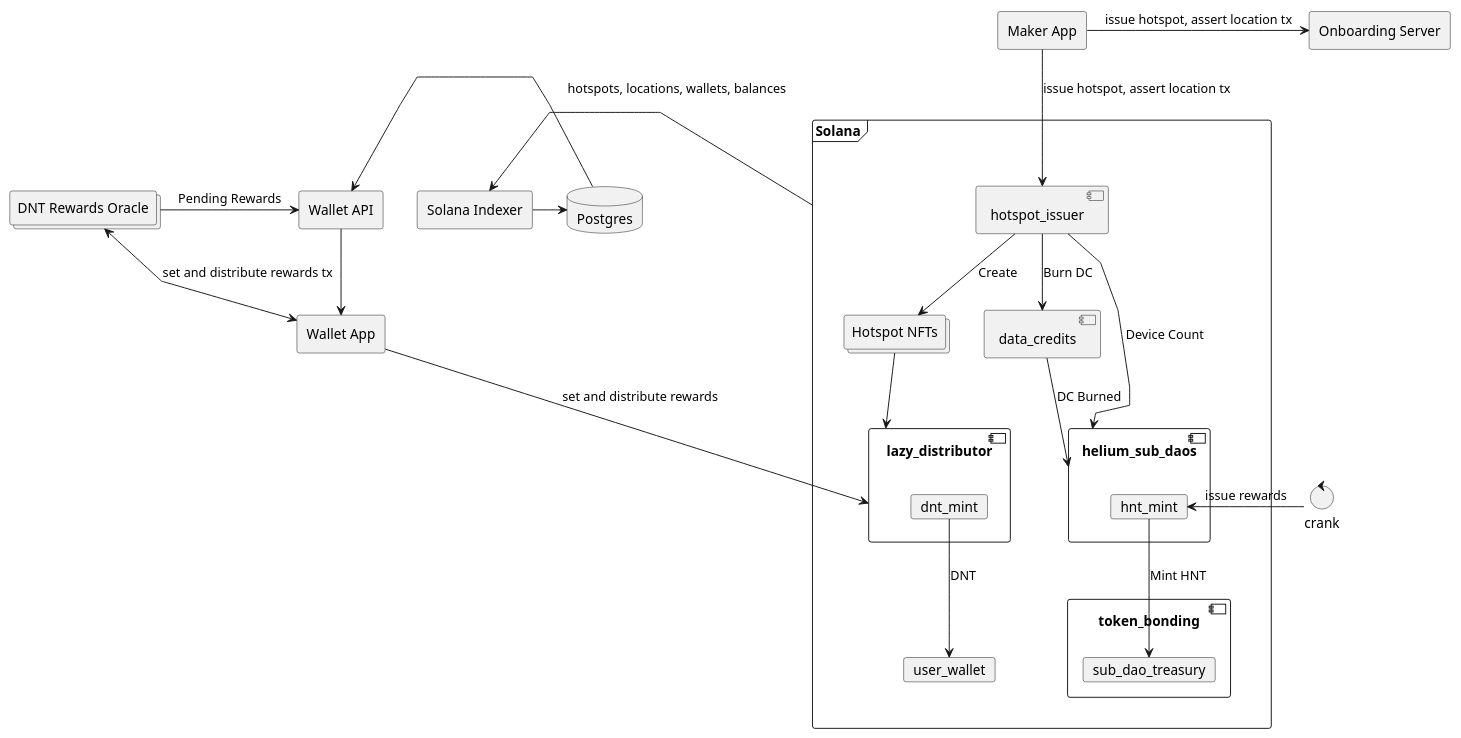
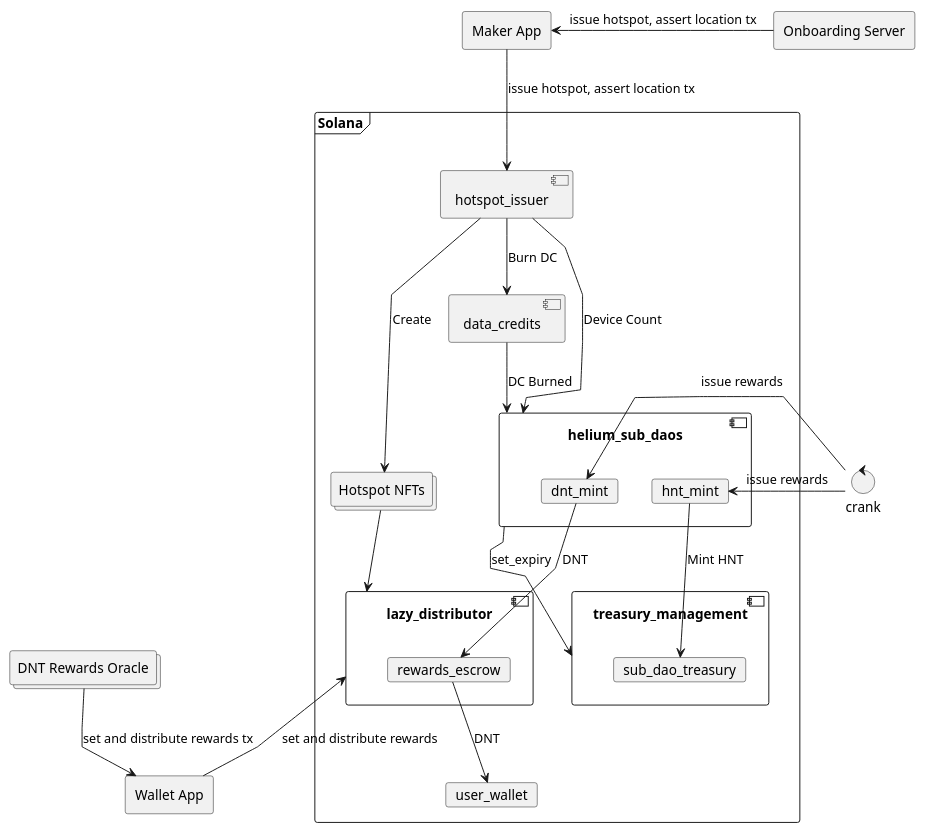
One commit to helium/helium-program-library changed the diagram in diagrams/architecture.puml. Above: the diagram before and after it, drawn with PlantUML. The commit also changed 45 other files, not shown here.

Commit message:
Refactor to use circuit breakers and rewards escrow for lazy dist

```diff
--- a/diagrams/architecture.puml
+++ b/diagrams/architecture.puml
@@ -1,90 +1,73 @@
 @startuml
 
 skinparam linetype polyline
 
 control crank
 
 
 frame Solana {
   collections hotspots [
     Hotspot NFTs
   ]
   component lazy_distributor {
-    card dnt_mint
+    card rewards_escrow
   }
   component hotspot_issuer
   component data_credits
   component helium_sub_daos {
     card hnt_mint
+    card dnt_mint
   }
-  component token_bonding {
+  component treasury_management {
     card sub_dao_treasury
   }
 
   card user_wallet
 
-  dnt_mint --> user_wallet : DNT
+  dnt_mint --> rewards_escrow : DNT
+  rewards_escrow --> user_wallet : DNT
 
   hnt_mint --> sub_dao_treasury : Mint HNT
 
   hotspot_issuer --> hotspots : Create
 
   hotspots --> lazy_distributor
 
   hotspot_issuer --> helium_sub_daos : Device Count
 
   data_credits --> helium_sub_daos : DC Burned
 
   hotspot_issuer --> data_credits : Burn DC
 }
 
 collections oracles [
   DNT Rewards Oracle
 ]
 
 agent wallet [
   Wallet App
 ]
 
 agent maker [
   Maker App
 ]
 
 agent onboarding [
   Onboarding Server
 ]
 
-agent indexer [
-  Solana Indexer
-]
+hnt_mint <- crank  : issue rewards
+dnt_mint <- crank  : issue rewards
 
-agent wallet_api [
-  Wallet API
-]
-
-database postgres [
-  Postgres
-]
-
-oracles -> wallet_api : Pending Rewards
-
-crank -> hnt_mint : issue rewards
-
-maker -> onboarding : issue hotspot, assert location tx
+maker <- onboarding : issue hotspot, assert location tx
 
 maker --> hotspot_issuer : issue hotspot, assert location tx
 
-oracles <-> wallet : set and distribute rewards tx
+oracles --> wallet : set and distribute rewards tx
 
-wallet --> lazy_distributor : set and distribute rewards
+lazy_distributor <-- wallet  : set and distribute rewards
 
-Solana --> indexer : hotspots, locations, wallets, balances
-
-indexer -> postgres
-
-postgres -> wallet_api
-
-wallet_api --> wallet
+helium_sub_daos --> treasury_management : set_expiry
 
 
 @enduml
```
